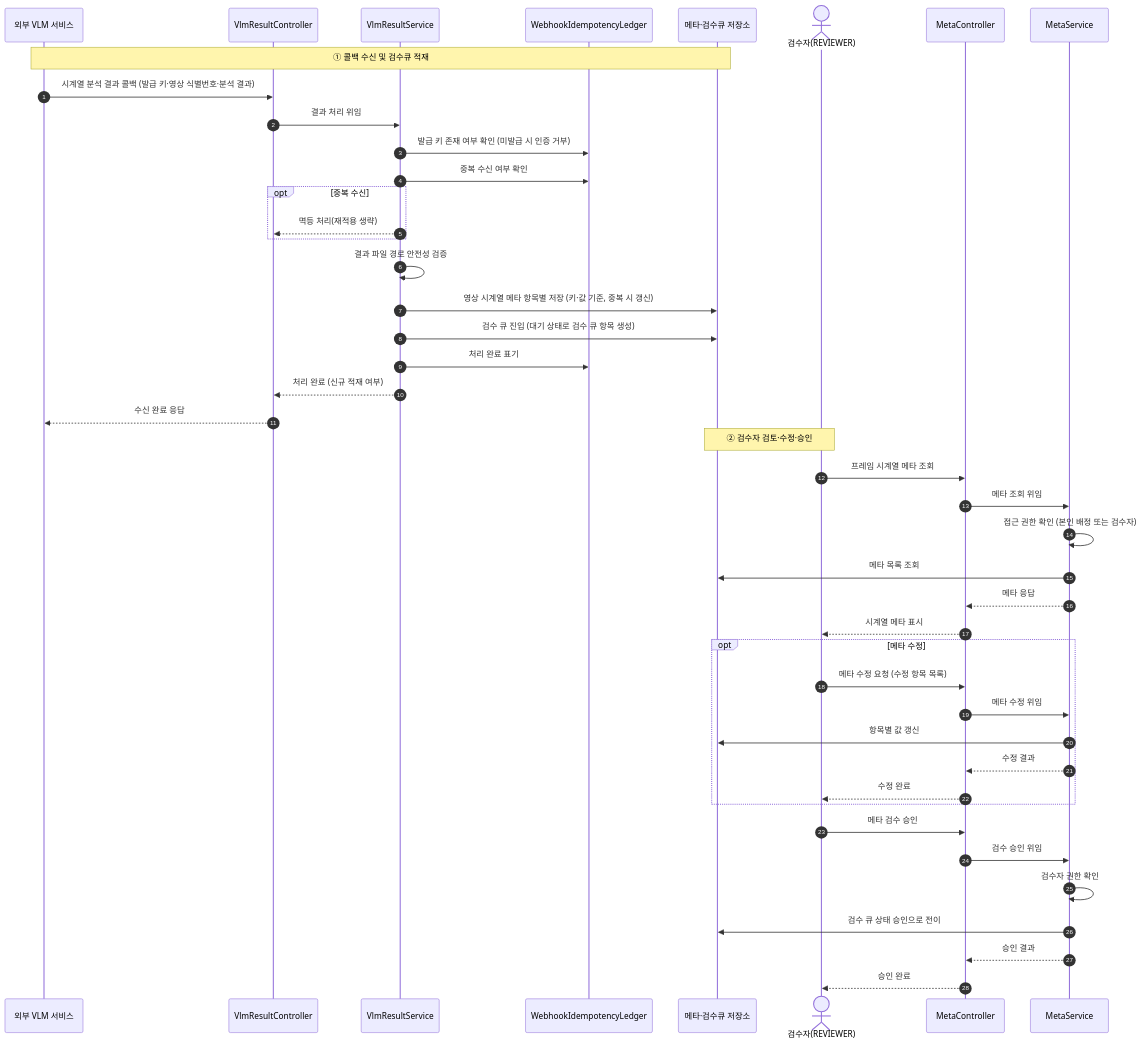
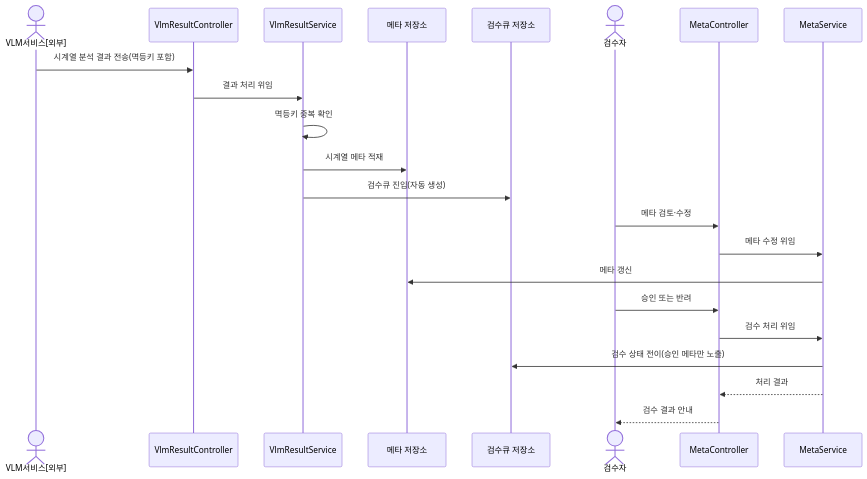
Before and after one commit to New-stella/klid-label: diagram 17 of 36 in docs/design/D1-클래스설계서.md, drawn with Mermaid. The commit also changed other lines of this file and 7 other files, not shown here.

````diff
--- a/docs/design/D1-클래스설계서.md
+++ b/docs/design/D1-클래스설계서.md
@@ -850,46 +700,24 @@
 ```mermaid
 sequenceDiagram
-    autonumber
-    participant VLM as 외부 VLM 서비스
-    participant VRC as VlmResultController
-    participant VRS as VlmResultService
-    participant LG as WebhookIdempotencyLedger
-    participant DB as 메타·검수큐 저장소
-    actor RV as 검수자(REVIEWER)
+    actor VLM as VLM서비스[외부]
+    participant WC as VlmResultController
+    participant WS as VlmResultService
+    participant M as 메타 저장소
+    participant Q as 검수큐 저장소
+    actor REVIEWER as 검수자
     participant MC as MetaController
     participant MS as MetaService
-    Note over VLM,DB: ① 콜백 수신 및 검수큐 적재
-    VLM->>VRC: 시계열 분석 결과 콜백 (발급 키·영상 식별번호·분석 결과)
-    VRC->>VRS: 결과 처리 위임
-    VRS->>LG: 발급 키 존재 여부 확인 (미발급 시 인증 거부)
-    VRS->>LG: 중복 수신 여부 확인
-    opt 중복 수신
-        VRS-->>VRC: 멱등 처리(재적용 생략)
-    end
-    VRS->>VRS: 결과 파일 경로 안전성 검증
-    VRS->>DB: 영상 시계열 메타 항목별 저장 (키·값 기준, 중복 시 갱신)
-    VRS->>DB: 검수 큐 진입 (대기 상태로 검수 큐 항목 생성)
-    VRS->>LG: 처리 완료 표기
-    VRS-->>VRC: 처리 완료 (신규 적재 여부)
-    VRC-->>VLM: 수신 완료 응답
-    Note over RV,DB: ② 검수자 검토·수정·승인
-    RV->>MC: 프레임 시계열 메타 조회
-    MC->>MS: 메타 조회 위임
-    MS->>MS: 접근 권한 확인 (본인 배정 또는 검수자)
-    MS->>DB: 메타 목록 조회
-    MS-->>MC: 메타 응답
-    MC-->>RV: 시계열 메타 표시
-    opt 메타 수정
-        RV->>MC: 메타 수정 요청 (수정 항목 목록)
-        MC->>MS: 메타 수정 위임
-        MS->>DB: 항목별 값 갱신
-        MS-->>MC: 수정 결과
-        MC-->>RV: 수정 완료
-    end
-    RV->>MC: 메타 검수 승인
-    MC->>MS: 검수 승인 위임
-    MS->>MS: 검수자 권한 확인
-    MS->>DB: 검수 큐 상태 승인으로 전이
-    MS-->>MC: 승인 결과
-    MC-->>RV: 승인 완료
+    VLM->>WC: 시계열 분석 결과 전송(멱등키 포함)
+    WC->>WS: 결과 처리 위임
+    WS->>WS: 멱등키 중복 확인
+    WS->>M: 시계열 메타 적재
+    WS->>Q: 검수큐 진입(자동 생성)
+    REVIEWER->>MC: 메타 검토·수정
+    MC->>MS: 메타 수정 위임
+    MS->>M: 메타 갱신
+    REVIEWER->>MC: 승인 또는 반려
+    MC->>MS: 검수 처리 위임
+    MS->>Q: 검수 상태 전이(승인 메타만 노출)
+    MS-->>MC: 처리 결과
+    MC-->>REVIEWER: 검수 결과 안내
 ```
````
